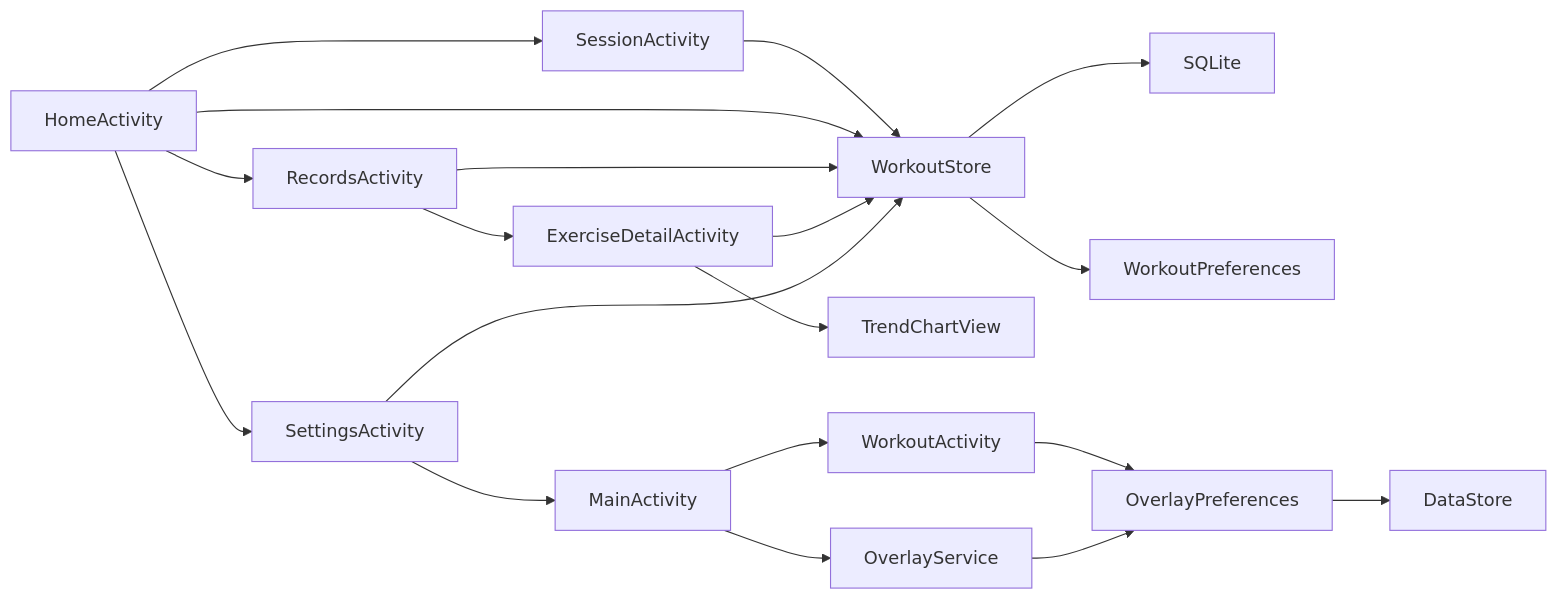
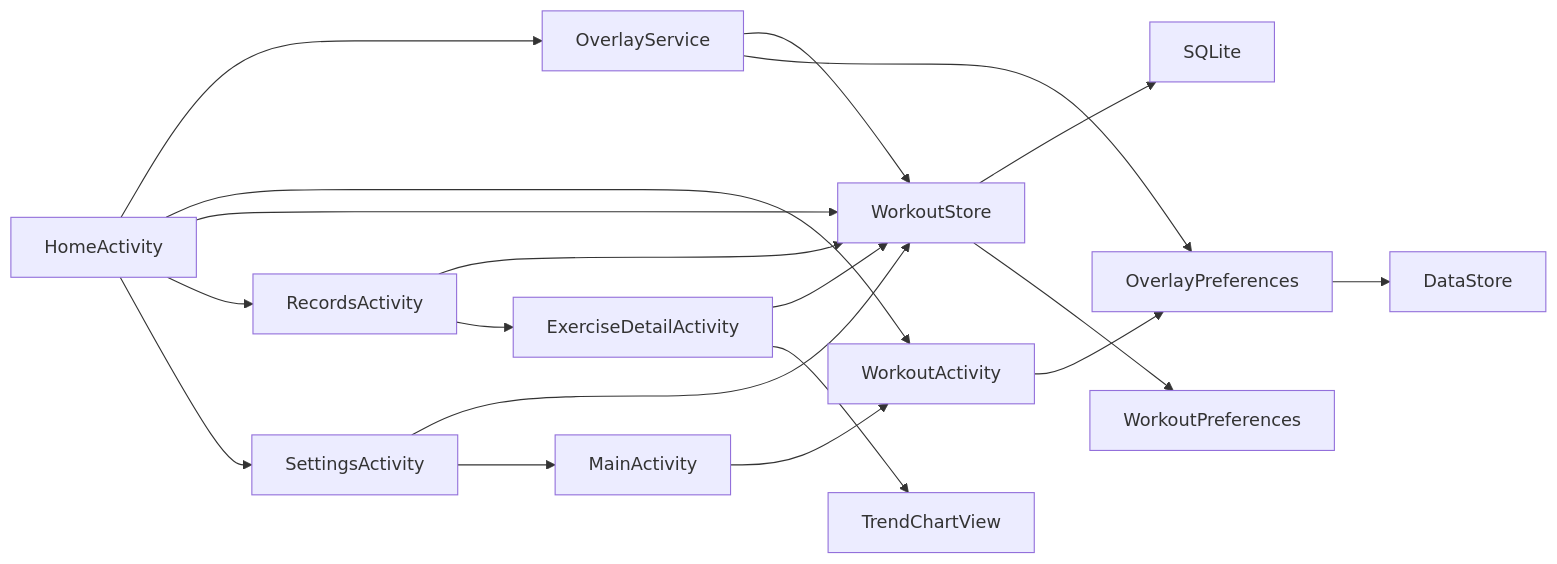
Before and after one commit to JaceDashS/lift-log: the diagram in docs/architecture/10-overview.md, drawn with Mermaid. The commit also changed other lines of this file and 21 other files, not shown here.

First line of the commit message:
[fix] Float the workout overlay from Home START

````diff
--- a/docs/architecture/10-overview.md
+++ b/docs/architecture/10-overview.md
@@ -4,21 +4,21 @@
 ```mermaid
 flowchart LR
- HomeActivity --> SessionActivity
- SessionActivity --> WorkoutStore
+ HomeActivity --> OverlayService
+ OverlayService --> WorkoutStore
+ HomeActivity --> WorkoutActivity
  HomeActivity --> WorkoutStore
  RecordsActivity --> WorkoutStore
  ExerciseDetailActivity --> WorkoutStore
  ExerciseDetailActivity --> TrendChartView
  SettingsActivity --> WorkoutStore
  WorkoutStore --> SQLite
  WorkoutStore --> WorkoutPreferences
  HomeActivity --> RecordsActivity
  RecordsActivity --> ExerciseDetailActivity
  HomeActivity --> SettingsActivity
  SettingsActivity --> MainActivity
  MainActivity --> WorkoutActivity
- MainActivity --> OverlayService
  WorkoutActivity --> OverlayPreferences
  OverlayService --> OverlayPreferences
  OverlayPreferences --> DataStore
 ```
````
